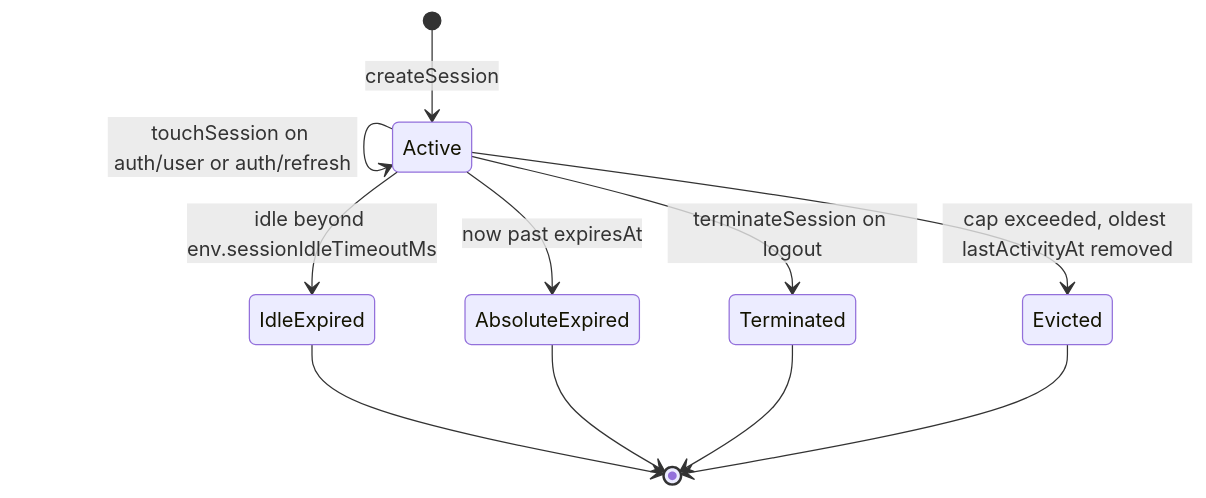
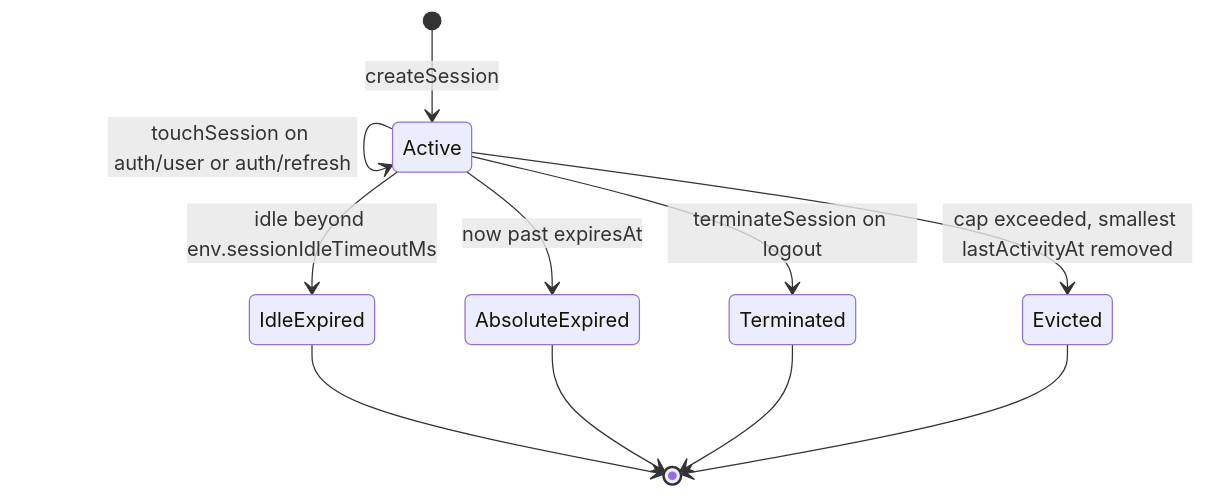
One commit to jumbleknot/MovieCollectionManager changed the diagram in openwiki/gotchas/session-lifecycle-and-eviction.md. Above: the diagram before and after it, drawn with Mermaid. The commit also changed other lines of this file and 17 other files, not shown here.

````diff
--- a/openwiki/gotchas/session-lifecycle-and-eviction.md
+++ b/openwiki/gotchas/session-lifecycle-and-eviction.md
@@ -95,13 +73,13 @@
 ```mermaid
 stateDiagram-v2
   [*] --> Active: createSession
   Active --> Active: touchSession on auth/user or auth/refresh
   Active --> IdleExpired: idle beyond env.sessionIdleTimeoutMs
   Active --> AbsoluteExpired: now past expiresAt
   Active --> Terminated: terminateSession on logout
-  Active --> Evicted: cap exceeded, oldest lastActivityAt removed
+  Active --> Evicted: cap exceeded, smallest lastActivityAt removed
   IdleExpired --> [*]
   AbsoluteExpired --> [*]
   Terminated --> [*]
   Evicted --> [*]
 ```
````
